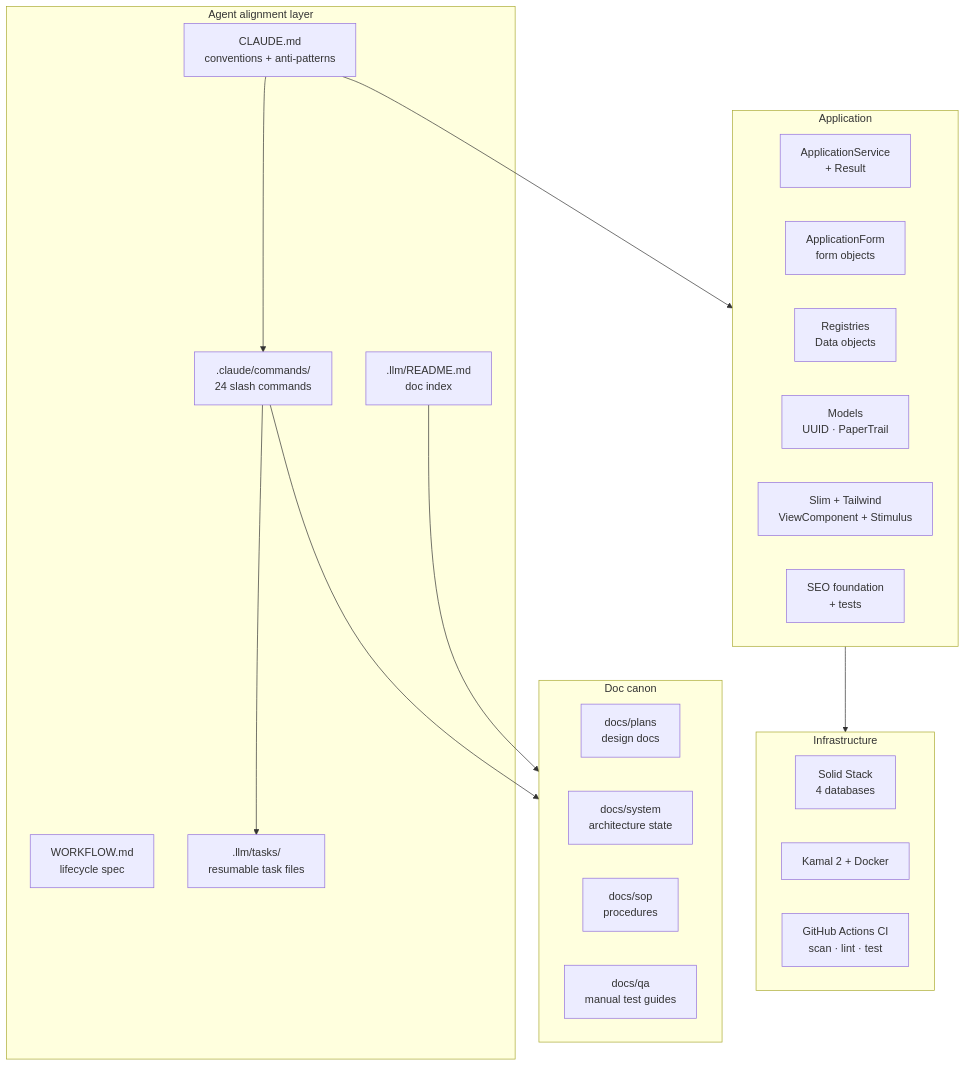
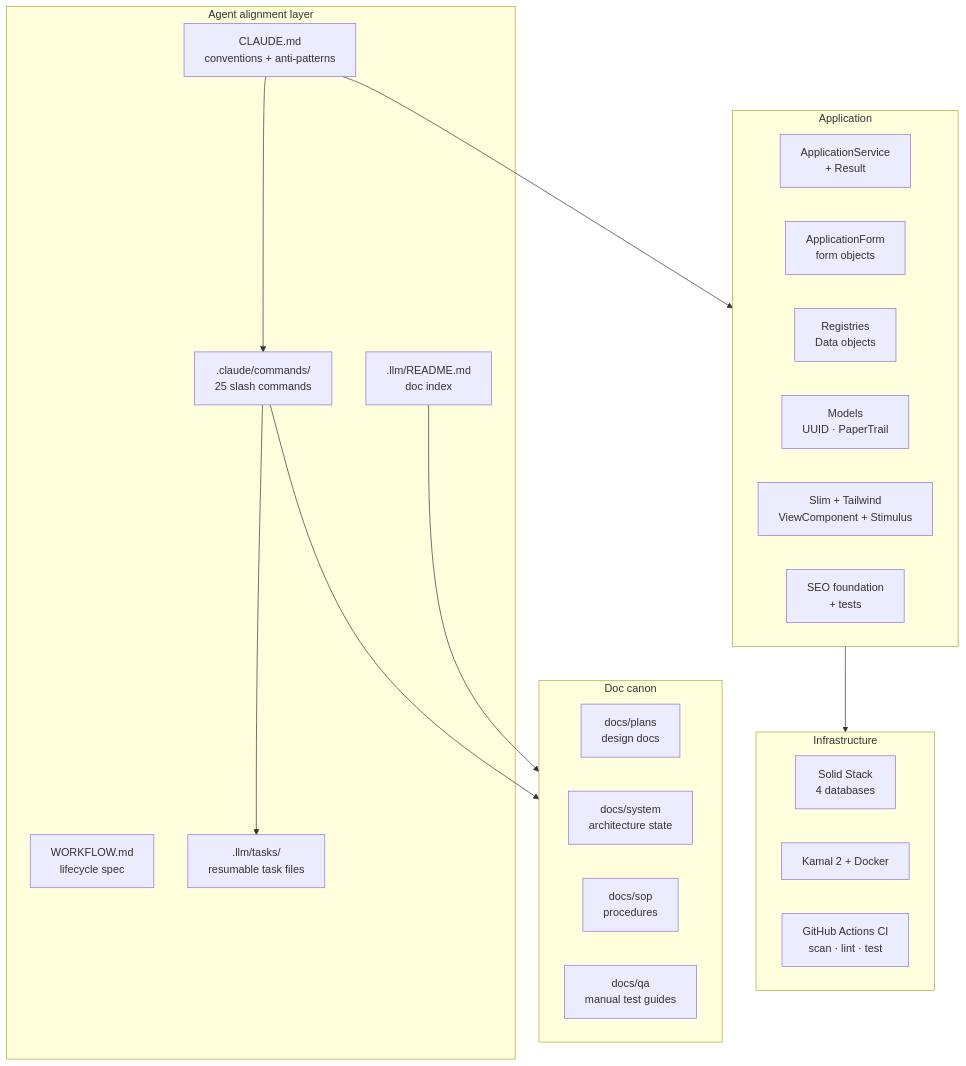
The first of 3 diagrams in docs/inventory.md (PositiveControl/rails-rocket-sheep), drawn with Mermaid before and after one commit. The commit also changed other lines of this file and 22 other files, not shown here.

````diff
--- a/docs/inventory.md
+++ b/docs/inventory.md
@@ -11,39 +11,39 @@
 ```mermaid
 flowchart TB
   subgraph AGENT ["Agent alignment layer"]
     CM["CLAUDE.md<br/>conventions + anti-patterns"]
     WF["WORKFLOW.md<br/>lifecycle spec"]
-    CMD[".claude/commands/<br/>24 slash commands"]
+    CMD[".claude/commands/<br/>25 slash commands"]
     IDX[".llm/README.md<br/>doc index"]
     TSK[".llm/tasks/<br/>resumable task files"]
   end
 
   subgraph DOCS ["Doc canon"]
     DP["docs/plans<br/>design docs"]
     DSY["docs/system<br/>architecture state"]
     DSO["docs/sop<br/>procedures"]
     DQ["docs/qa<br/>manual test guides"]
   end
 
   subgraph APP ["Application"]
     SVC["ApplicationService<br/>+ Result"]
     FRM["ApplicationForm<br/>form objects"]
     REG["Registries<br/>Data objects"]
     MOD["Models<br/>UUID · PaperTrail"]
     VW["Slim + Tailwind<br/>ViewComponent + Stimulus"]
     SEO["SEO foundation<br/>+ tests"]
   end
 
   subgraph INFRA ["Infrastructure"]
     SOLID["Solid Stack<br/>4 databases"]
     KAM["Kamal 2 + Docker"]
     CI["GitHub Actions CI<br/>scan · lint · test"]
   end
 
   CM --> CMD
   CMD --> DOCS
   CMD --> TSK
   IDX --> DOCS
   CM --> APP
   APP --> INFRA
 ```
````
